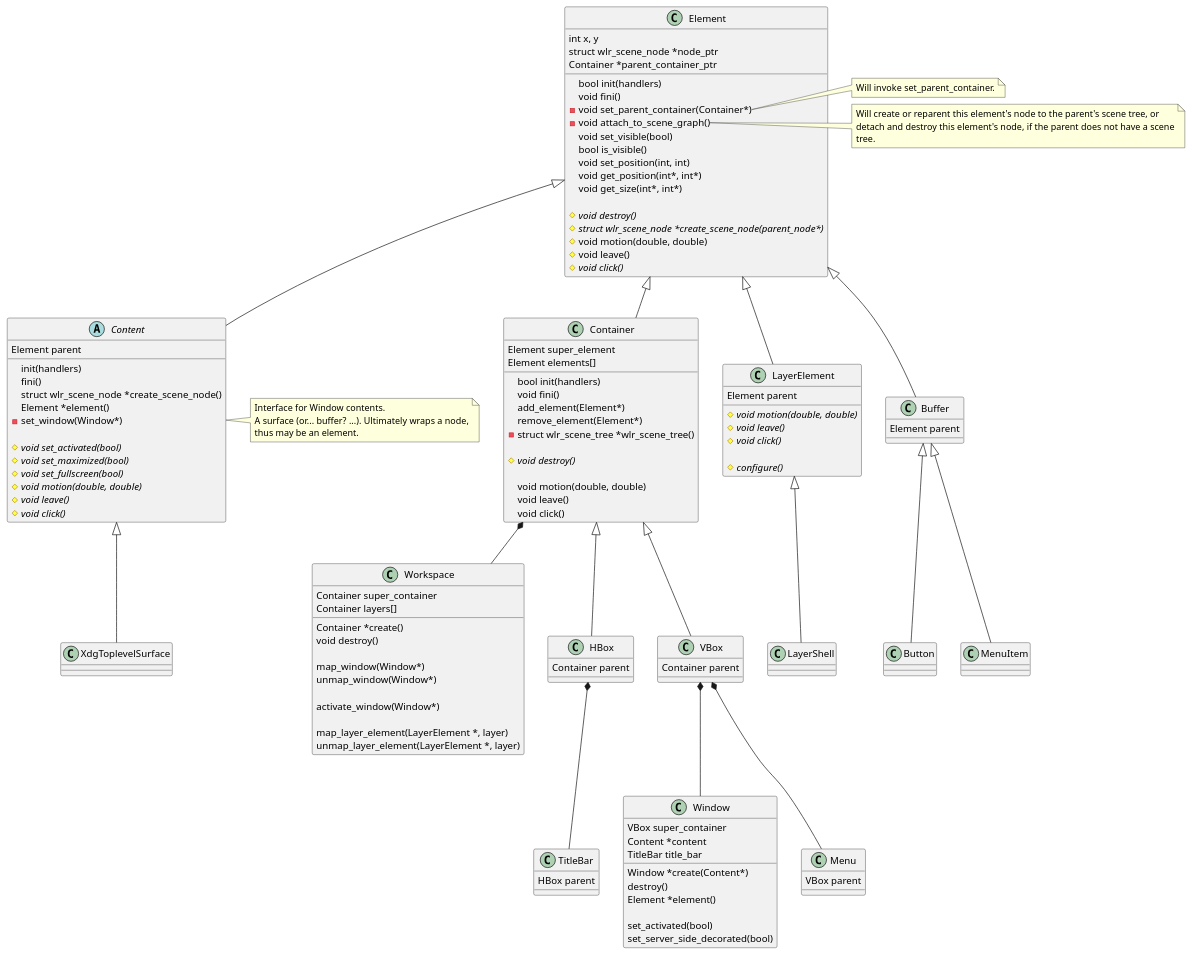
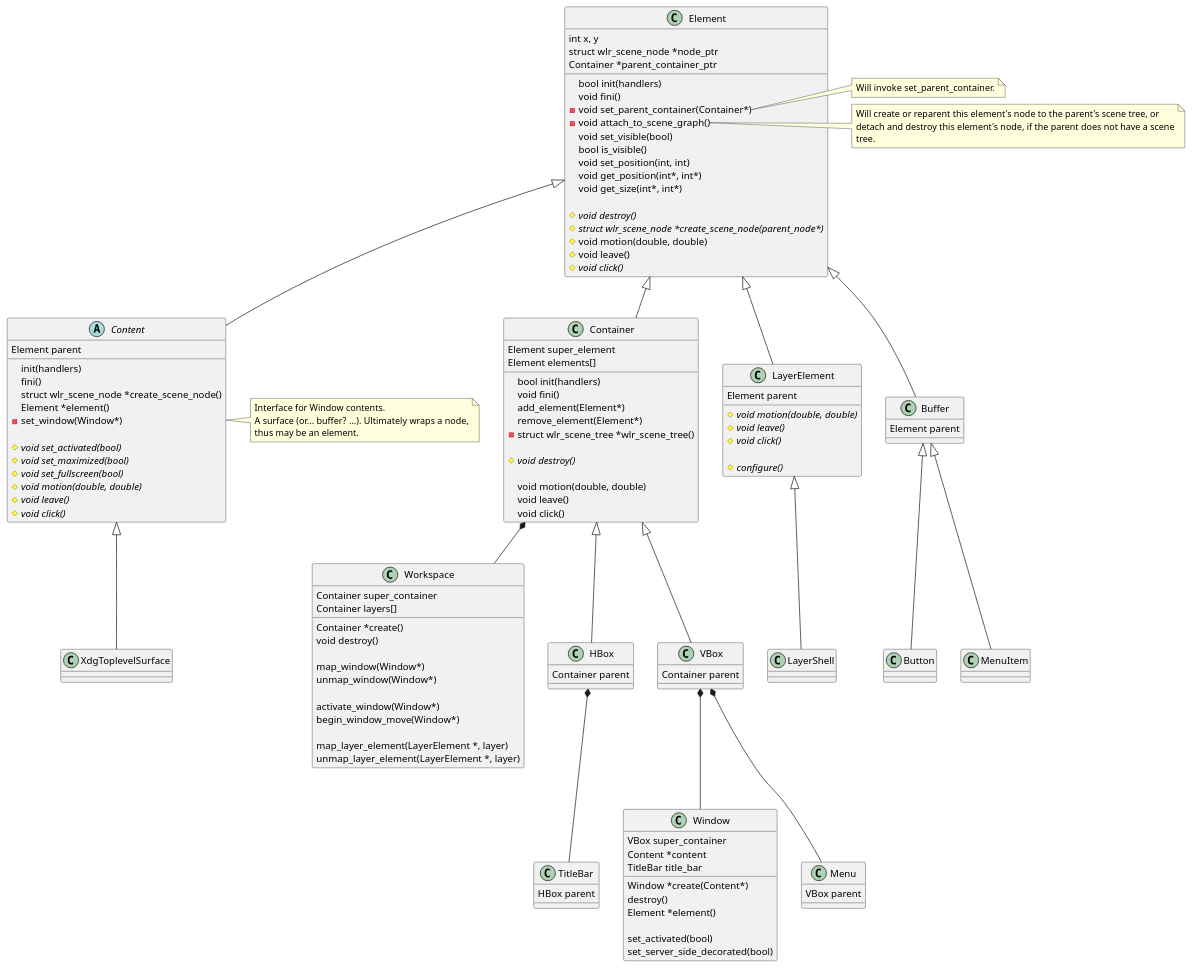
One commit to phkaeser/wlmaker changed the first of 2 diagrams in src/toolkit/toolkit.md. Above: the diagram before and after it, drawn with PlantUML. The commit also changed other lines of this file, not shown here.

```diff
--- a/src/toolkit/toolkit.md
+++ b/src/toolkit/toolkit.md
@@ -87,6 +87,7 @@
   unmap_window(Window*)
 
   activate_window(Window*)
+  begin_window_move(Window*)
 
   map_layer_element(LayerElement *, layer)
   unmap_layer_element(LayerElement *, layer)
```
